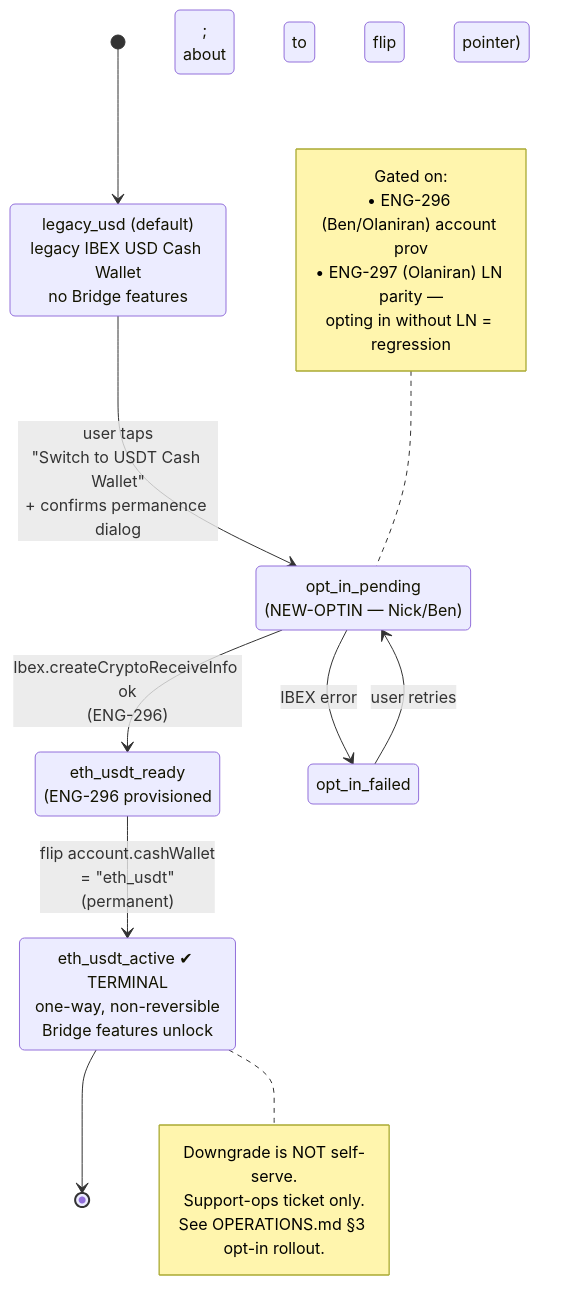
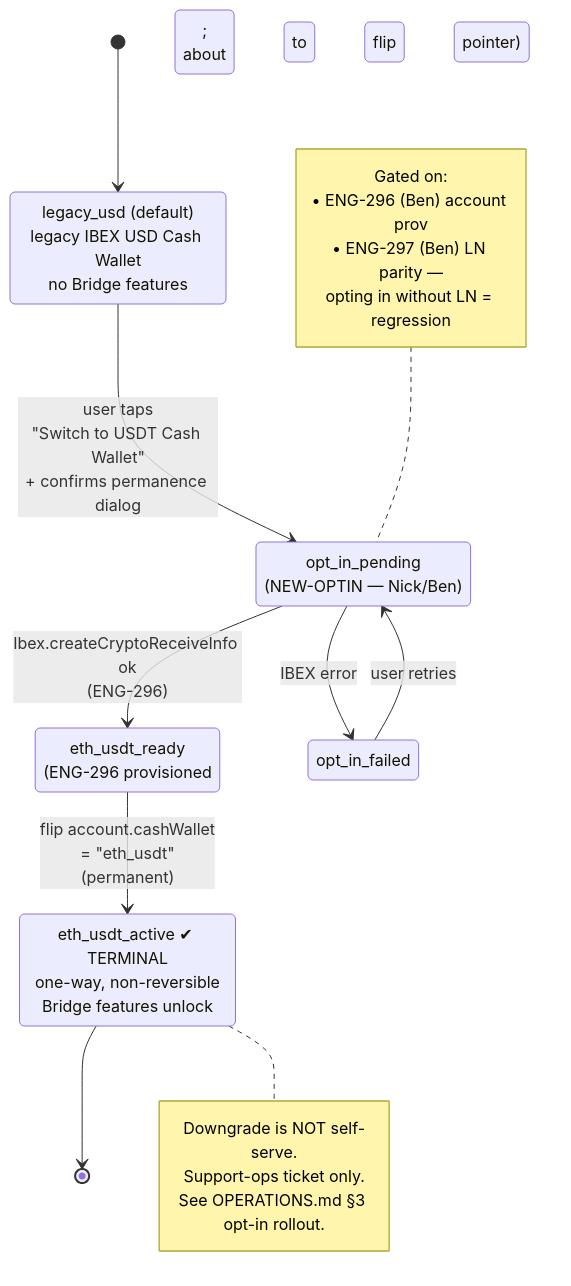
One commit to lnflash/flash changed the fifth of 10 diagrams in docs/bridge-integration/FLOWS.md. Above: the diagram before and after it, drawn with Mermaid. The commit also changed other lines of this file and 1 other file, not shown here.

First line of the commit message:
docs(bridge): Olaniran load-shed + §5.2 direction-of-funds fix + §3 ELI5

````diff
--- a/docs/bridge-integration/FLOWS.md
+++ b/docs/bridge-integration/FLOWS.md
@@ -262,28 +273,28 @@
 ```mermaid
 stateDiagram-v2
     direction TB
     [*] --> legacy_usd
     legacy_usd --> opt_in_pending: user taps<br/>"Switch to USDT Cash Wallet"<br/>+ confirms permanence dialog
     opt_in_pending --> eth_usdt_ready: Ibex.createCryptoReceiveInfo ok<br/>(ENG-296)
     opt_in_pending --> opt_in_failed: IBEX error
     opt_in_failed --> opt_in_pending: user retries
     eth_usdt_ready --> eth_usdt_active: flip account.cashWallet<br/>= "eth_usdt"<br/>(permanent)
     eth_usdt_active --> [*]
 
     legacy_usd: legacy_usd (default)<br/>legacy IBEX USD Cash Wallet<br/>no Bridge features
     opt_in_pending: opt_in_pending<br/>(NEW-OPTIN — Nick/Ben)
     eth_usdt_ready: eth_usdt_ready<br/>(ENG-296 provisioned;<br/>about to flip pointer)
     eth_usdt_active: eth_usdt_active ✔ TERMINAL<br/>one-way, non-reversible<br/>Bridge features unlock
 
     note right of eth_usdt_active
         Downgrade is NOT self-serve.
         Support-ops ticket only.
         See OPERATIONS.md §3 opt-in rollout.
     end note
     note left of opt_in_pending
         Gated on:
-          • ENG-296 (Ben/Olaniran) account prov
-          • ENG-297 (Olaniran) LN parity —
+          • ENG-296 (Ben) account prov
+          • ENG-297 (Ben) LN parity —
             opting in without LN = regression
     end note
 ```
````
